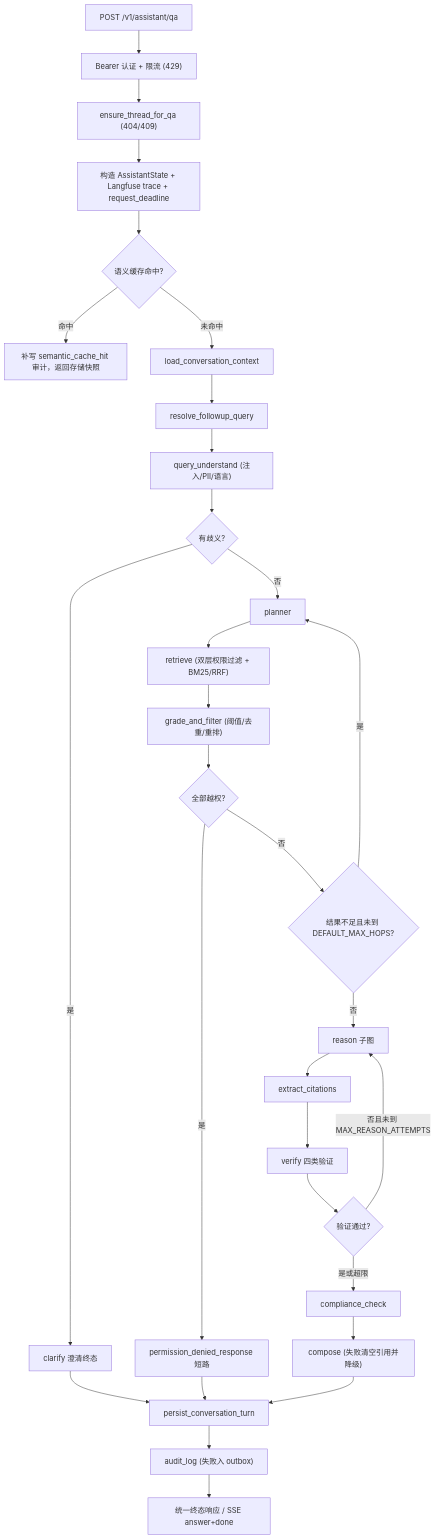
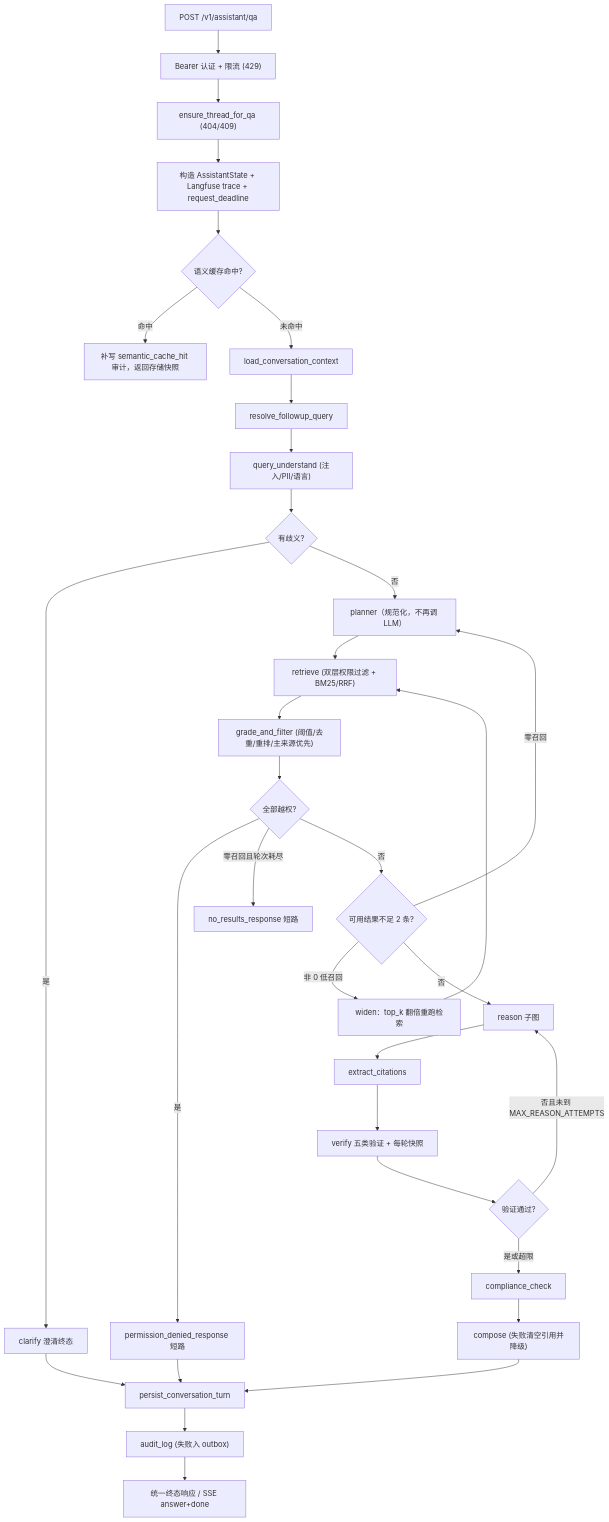
One commit to jaronlu/SecRAG changed the diagram in openwiki/tutorials/request-execution.md. Above: the diagram before and after it, drawn with Mermaid. The commit also changed other lines of this file and 25 other files, not shown here.

````diff
--- a/openwiki/tutorials/request-execution.md
+++ b/openwiki/tutorials/request-execution.md
@@ -41,32 +41,35 @@
 ```mermaid
 flowchart TD
     REQ["POST /v1/assistant/qa"] --> AUTH["Bearer 认证 + 限流 (429)"]
     AUTH --> THREAD["ensure_thread_for_qa (404/409)"]
     THREAD --> INIT["构造 AssistantState + Langfuse trace + request_deadline"]
     INIT --> CACHE{"语义缓存命中?"}
     CACHE -->|"命中"| HIT["补写 semantic_cache_hit 审计，返回存储快照"]
     CACHE -->|"未命中"| LOAD["load_conversation_context"]
     LOAD --> RESOLVE["resolve_followup_query"]
     RESOLVE --> UNDERSTAND["query_understand (注入/PII/语言)"]
     UNDERSTAND --> CLARIFYQ{"有歧义?"}
     CLARIFYQ -->|"是"| CLARIFY["clarify 澄清终态"]
-    CLARIFYQ -->|"否"| PLAN["planner"]
+    CLARIFYQ -->|"否"| PLAN["planner（规范化，不再调 LLM）"]
     PLAN --> RETR["retrieve (双层权限过滤 + BM25/RRF)"]
-    RETR --> GRADE["grade_and_filter (阈值/去重/重排)"]
+    RETR --> GRADE["grade_and_filter (阈值/去重/重排/主来源优先)"]
     GRADE --> DENIEDQ{"全部越权?"}
     DENIEDQ -->|"是"| PERMDENY["permission_denied_response 短路"]
-    DENIEDQ -->|"否"| RETRYQ{"结果不足且未到 DEFAULT_MAX_HOPS?"}
-    RETRYQ -->|"是"| PLAN
+    DENIEDQ -->|"零召回且轮次耗尽"| NORES["no_results_response 短路"]
+    DENIEDQ -->|"否"| RETRYQ{"可用结果不足 2 条?"}
+    RETRYQ -->|"非 0 低召回"| WIDEN["widen：top_k 翻倍重跑检索"]
+    RETRYQ -->|"零召回"| PLAN
     RETRYQ -->|"否"| REASON["reason 子图"]
+    WIDEN --> RETR
     REASON --> CITE["extract_citations"]
-    CITE --> VERIFY["verify 四类验证"]
+    CITE --> VERIFY["verify 五类验证 + 每轮快照"]
     VERIFY --> REASONQ{"验证通过?"}
     REASONQ -->|"否且未到 MAX_REASON_ATTEMPTS"| REASON
     REASONQ -->|"是或超限"| COMPLIANCE["compliance_check"]
     COMPLIANCE --> COMPOSE["compose (失败清空引用并降级)"]
     CLARIFY --> PERSIST["persist_conversation_turn"]
     PERMDENY --> PERSIST
     COMPOSE --> PERSIST
     PERSIST --> AUDIT["audit_log (失败入 outbox)"]
     AUDIT --> OUT["统一终态响应 / SSE answer+done"]
 ```
````
